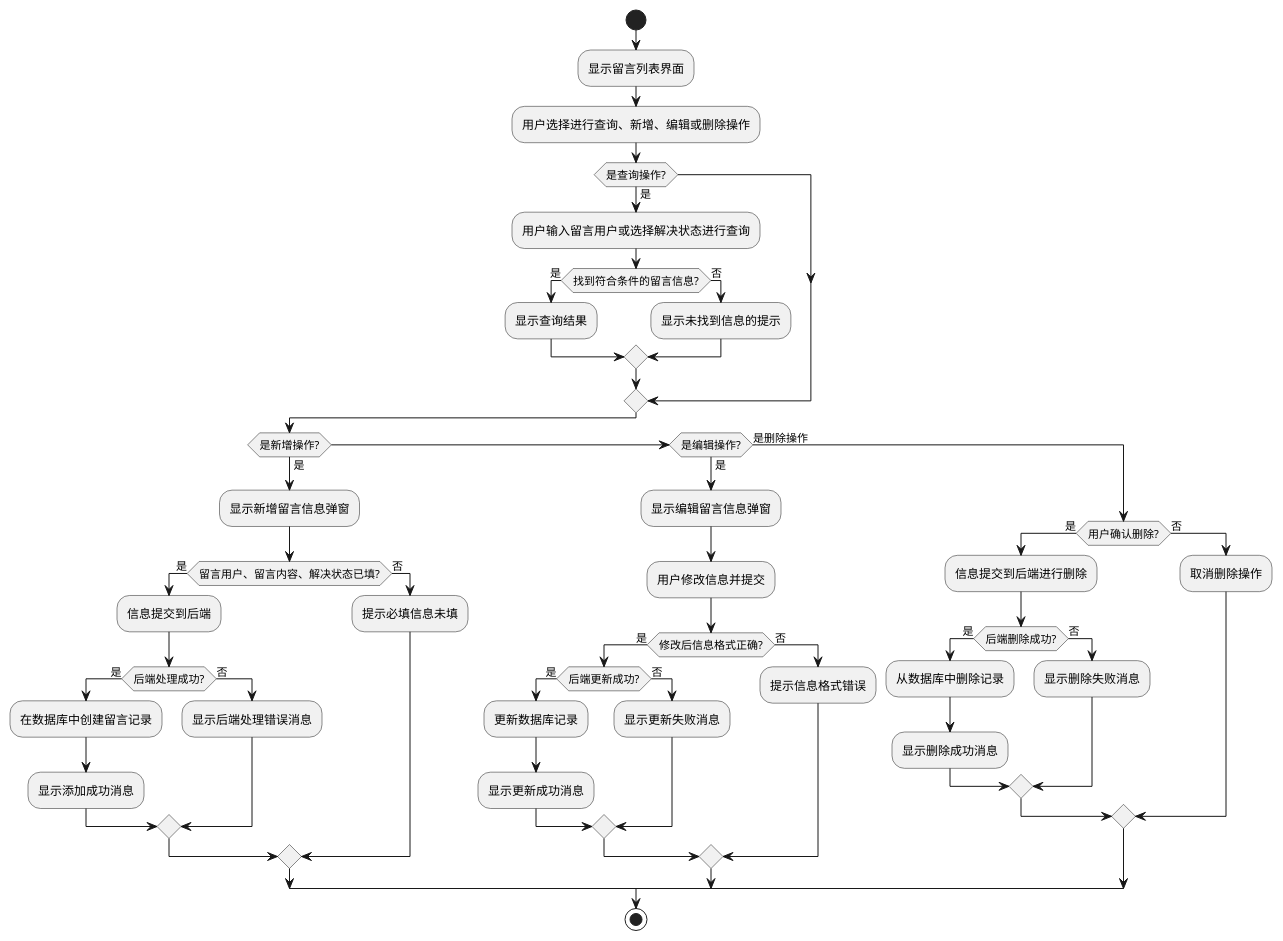
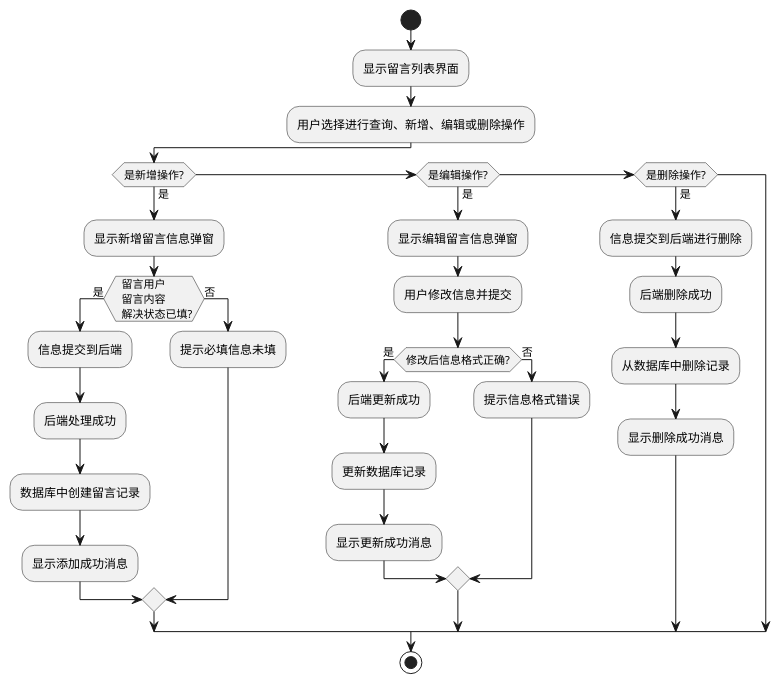
One commit to liyijia220/kuaidi changed the diagram in 图/留言管理流程图.puml. Above: the diagram before and after it, drawn with PlantUML. The commit also changed 7 other files, not shown here.

```diff
--- a/图/留言管理流程图.puml
+++ b/图/留言管理流程图.puml
@@ -1,58 +1,39 @@
 @startuml
 start
 :显示留言列表界面;
 
 :用户选择进行查询、新增、编辑或删除操作;
 
-if (是查询操作?) then (是)
-  :用户输入留言用户或选择解决状态进行查询;
-  if (找到符合条件的留言信息?) then (是)
-    :显示查询结果;
-  else (否)
-    :显示未找到信息的提示;
-  endif
-else
-endif
-
 if (是新增操作?) then (是)
   :显示新增留言信息弹窗;
-  if (留言用户、留言内容、解决状态已填?) then (是)
+  if (  留言用户
+  留言内容
+  解决状态已填?) then (是)
     :信息提交到后端;
-    if (后端处理成功?) then (是)
-      :在数据库中创建留言记录;
+    :后端处理成功;
+      :数据库中创建留言记录;
       :显示添加成功消息;
-    else (否)
-      :显示后端处理错误消息;
-    endif
+
   else (否)
     :提示必填信息未填;
   endif
 else if (是编辑操作?) then (是)
   :显示编辑留言信息弹窗;
   :用户修改信息并提交;
   if (修改后信息格式正确?) then (是)
-    if (后端更新成功?) then (是)
+    :后端更新成功;
       :更新数据库记录;
       :显示更新成功消息;
-    else (否)
-      :显示更新失败消息;
-    endif
   else (否)
     :提示信息格式错误;
   endif
-else (是删除操作)
-  if (用户确认删除?) then (是)
-    :信息提交到后端进行删除;
-    if (后端删除成功?) then (是)
-      :从数据库中删除记录;
-      :显示删除成功消息;
-    else (否)
-      :显示删除失败消息;
-    endif
-  else (否)
-    :取消删除操作;
-  endif
+else if (是删除操作?) then (是)
+  :信息提交到后端进行删除;
+ :后端删除成功;
+    :从数据库中删除记录;
+    :显示删除成功消息;
+
 endif
 
 stop
 @enduml
```
